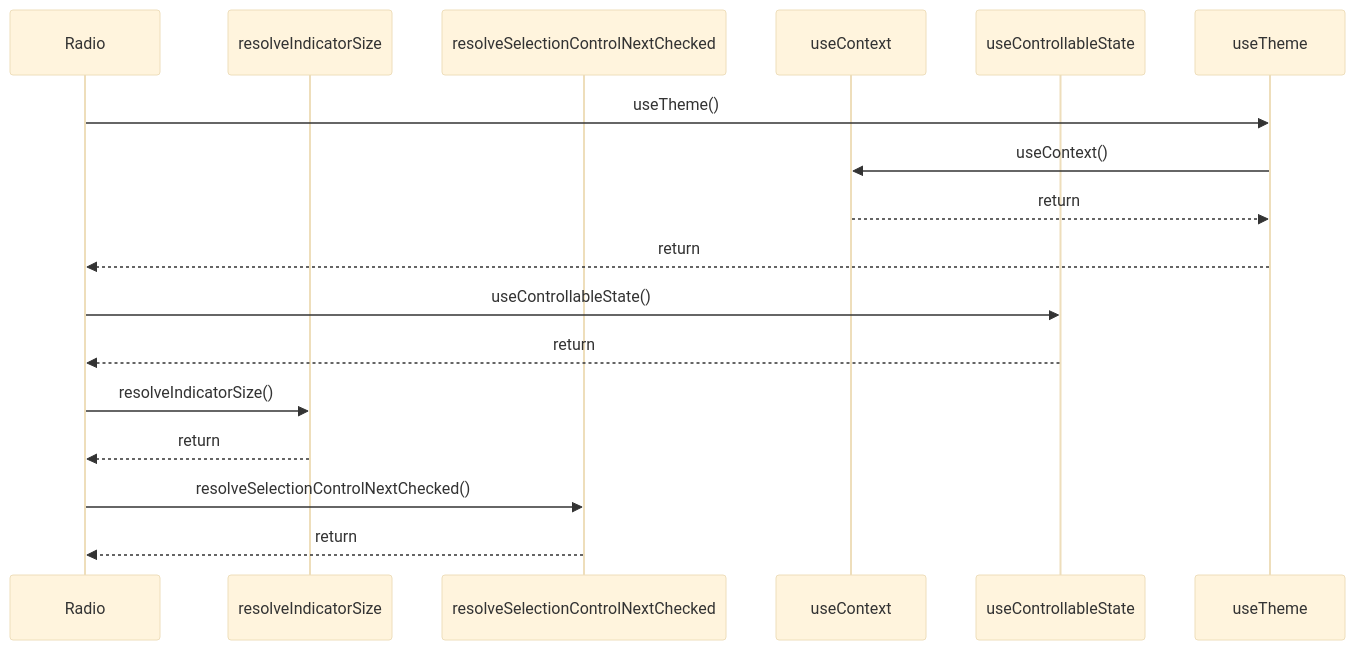
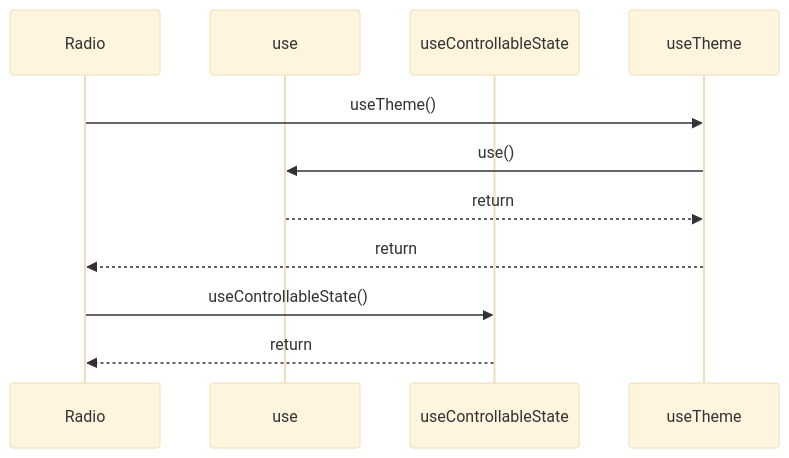
Before and after one commit to ankhorage/surface: the diagram in paradox/diagrams/sequences/radio.mmd, drawn with Mermaid (base theme). The commit also changed 75 other files, not shown here.

```diff
--- a/paradox/diagrams/sequences/radio.mmd
+++ b/paradox/diagrams/sequences/radio.mmd
@@ -1,17 +1,11 @@
 sequenceDiagram
   participant participant_Radio as Radio
-  participant participant_resolveIndicatorSize as resolveIndicatorSize
-  participant participant_resolveSelectionControlNextChecked as resolveSelectionControlNextChecked
-  participant participant_useContext as useContext
+  participant participant_use as use
   participant participant_useControllableState as useControllableState
   participant participant_useTheme as useTheme
   participant_Radio->>participant_useTheme: useTheme()
-  participant_useTheme->>participant_useContext: useContext()
-  participant_useContext-->>participant_useTheme: return
+  participant_useTheme->>participant_use: use()
+  participant_use-->>participant_useTheme: return
   participant_useTheme-->>participant_Radio: return
   participant_Radio->>participant_useControllableState: useControllableState()
   participant_useControllableState-->>participant_Radio: return
-  participant_Radio->>participant_resolveIndicatorSize: resolveIndicatorSize()
-  participant_resolveIndicatorSize-->>participant_Radio: return
-  participant_Radio->>participant_resolveSelectionControlNextChecked: resolveSelectionControlNextChecked()
-  participant_resolveSelectionControlNextChecked-->>participant_Radio: return
```
